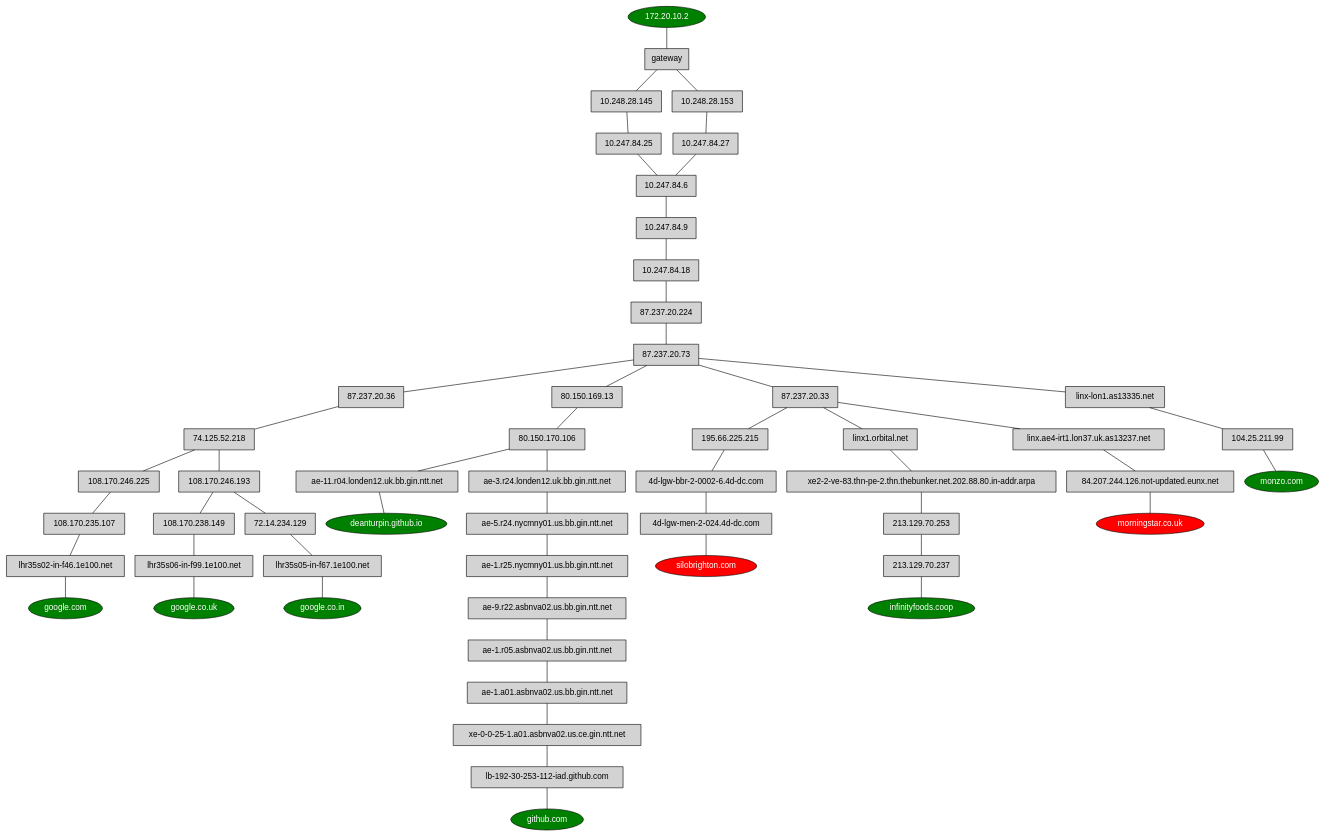
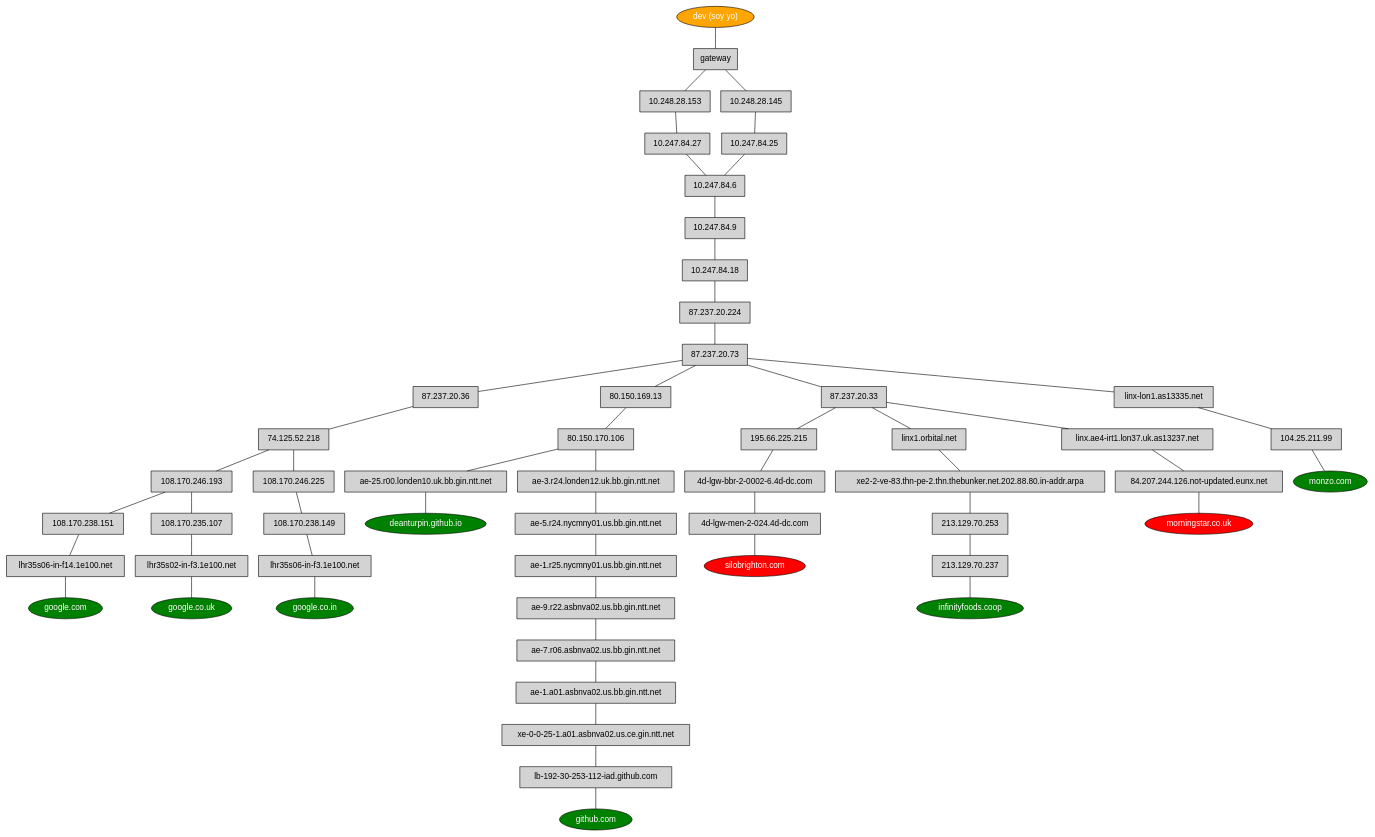
One commit to deanturpin/hosts2dot changed the diagram in example.dot. Above: the diagram before and after it, drawn with Graphviz. The commit also changed 2 other files, not shown here.

```diff
--- a/example.dot
+++ b/example.dot
@@ -1,24 +1,24 @@
 strict graph {
 
   node [shape=rectangle style=filled fontname=helvetica]
-  "soy yo" [label="172.20.10.2" fillcolor=green shape=oval fontcolor=white]
+  "soy yo" [label="dev (soy yo)" fillcolor=orange shape=oval fontcolor=white]
 
   "google.com" [fillcolor=green shape=oval fontcolor=white]
   "google.co.uk" [fillcolor=green shape=oval fontcolor=white]
   "google.co.in" [fillcolor=green shape=oval fontcolor=white]
   "deanturpin.github.io" [fillcolor=green shape=oval fontcolor=white]
   "github.com" [fillcolor=green shape=oval fontcolor=white]
   "silobrighton.com" [fillcolor=red shape=oval fontcolor=white]
   "monzo.com" [fillcolor=green shape=oval fontcolor=white]
   "infinityfoods.coop" [fillcolor=green shape=oval fontcolor=white]
   "morningstar.co.uk" [fillcolor=red shape=oval fontcolor=white]
-  "soy yo"--"gateway"--"10.248.28.145"--"10.247.84.25"--"10.247.84.6"--"10.247.84.9"--"10.247.84.18"--"87.237.20.224"--"87.237.20.73"--"87.237.20.36"--"74.125.52.218"--"108.170.246.225"--"108.170.235.107"--"lhr35s02-in-f46.1e100.net"--"google.com"
-  "soy yo"--"gateway"--"10.248.28.145"--"10.247.84.25"--"10.247.84.6"--"10.247.84.9"--"10.247.84.18"--"87.237.20.224"--"87.237.20.73"--"87.237.20.36"--"74.125.52.218"--"108.170.246.193"--"108.170.238.149"--"lhr35s06-in-f99.1e100.net"--"google.co.uk"
-  "soy yo"--"gateway"--"10.248.28.145"--"10.247.84.25"--"10.247.84.6"--"10.247.84.9"--"10.247.84.18"--"87.237.20.224"--"87.237.20.73"--"87.237.20.36"--"74.125.52.218"--"108.170.246.193"--"72.14.234.129"--"lhr35s05-in-f67.1e100.net"--"google.co.in"
-  "soy yo"--"gateway"--"10.248.28.153"--"10.247.84.27"--"10.247.84.6"--"10.247.84.9"--"10.247.84.18"--"87.237.20.224"--"87.237.20.73"--"80.150.169.13"--"80.150.170.106"--"ae-11.r04.londen12.uk.bb.gin.ntt.net"--"deanturpin.github.io"
-  "soy yo"--"gateway"--"10.248.28.145"--"10.247.84.25"--"10.247.84.6"--"10.247.84.9"--"10.247.84.18"--"87.237.20.224"--"87.237.20.73"--"80.150.169.13"--"80.150.170.106"--"ae-3.r24.londen12.uk.bb.gin.ntt.net"--"ae-5.r24.nycmny01.us.bb.gin.ntt.net"--"ae-1.r25.nycmny01.us.bb.gin.ntt.net"--"ae-9.r22.asbnva02.us.bb.gin.ntt.net"--"ae-1.r05.asbnva02.us.bb.gin.ntt.net"--"ae-1.a01.asbnva02.us.bb.gin.ntt.net"--"xe-0-0-25-1.a01.asbnva02.us.ce.gin.ntt.net"--"lb-192-30-253-112-iad.github.com"--"github.com"
+  "soy yo"--"gateway"--"10.248.28.153"--"10.247.84.27"--"10.247.84.6"--"10.247.84.9"--"10.247.84.18"--"87.237.20.224"--"87.237.20.73"--"87.237.20.36"--"74.125.52.218"--"108.170.246.193"--"108.170.238.151"--"lhr35s06-in-f14.1e100.net"--"google.com"
+  "soy yo"--"gateway"--"10.248.28.153"--"10.247.84.27"--"10.247.84.6"--"10.247.84.9"--"10.247.84.18"--"87.237.20.224"--"87.237.20.73"--"87.237.20.36"--"74.125.52.218"--"108.170.246.193"--"108.170.235.107"--"lhr35s02-in-f3.1e100.net"--"google.co.uk"
+  "soy yo"--"gateway"--"10.248.28.145"--"10.247.84.25"--"10.247.84.6"--"10.247.84.9"--"10.247.84.18"--"87.237.20.224"--"87.237.20.73"--"87.237.20.36"--"74.125.52.218"--"108.170.246.225"--"108.170.238.149"--"lhr35s06-in-f3.1e100.net"--"google.co.in"
+  "soy yo"--"gateway"--"10.248.28.153"--"10.247.84.27"--"10.247.84.6"--"10.247.84.9"--"10.247.84.18"--"87.237.20.224"--"87.237.20.73"--"80.150.169.13"--"80.150.170.106"--"ae-25.r00.londen10.uk.bb.gin.ntt.net"--"deanturpin.github.io"
+  "soy yo"--"gateway"--"10.248.28.145"--"10.247.84.25"--"10.247.84.6"--"10.247.84.9"--"10.247.84.18"--"87.237.20.224"--"87.237.20.73"--"80.150.169.13"--"80.150.170.106"--"ae-3.r24.londen12.uk.bb.gin.ntt.net"--"ae-5.r24.nycmny01.us.bb.gin.ntt.net"--"ae-1.r25.nycmny01.us.bb.gin.ntt.net"--"ae-9.r22.asbnva02.us.bb.gin.ntt.net"--"ae-7.r06.asbnva02.us.bb.gin.ntt.net"--"ae-1.a01.asbnva02.us.bb.gin.ntt.net"--"xe-0-0-25-1.a01.asbnva02.us.ce.gin.ntt.net"--"lb-192-30-253-112-iad.github.com"--"github.com"
   "soy yo"--"gateway"--"10.248.28.145"--"10.247.84.25"--"10.247.84.6"--"10.247.84.9"--"10.247.84.18"--"87.237.20.224"--"87.237.20.73"--"87.237.20.33"--"195.66.225.215"--"4d-lgw-bbr-2-0002-6.4d-dc.com"--"4d-lgw-men-2-024.4d-dc.com"--"silobrighton.com"
   "soy yo"--"gateway"--"10.248.28.153"--"10.247.84.27"--"10.247.84.6"--"10.247.84.9"--"10.247.84.18"--"87.237.20.224"--"87.237.20.73"--"linx-lon1.as13335.net"--"104.25.211.99"--"monzo.com"
   "soy yo"--"gateway"--"10.248.28.145"--"10.247.84.25"--"10.247.84.6"--"10.247.84.9"--"10.247.84.18"--"87.237.20.224"--"87.237.20.73"--"87.237.20.33"--"linx1.orbital.net"--"xe2-2-ve-83.thn-pe-2.thn.thebunker.net.202.88.80.in-addr.arpa"--"213.129.70.253"--"213.129.70.237"--"infinityfoods.coop"
   "soy yo"--"gateway"--"10.248.28.153"--"10.247.84.27"--"10.247.84.6"--"10.247.84.9"--"10.247.84.18"--"87.237.20.224"--"87.237.20.73"--"87.237.20.33"--"linx.ae4-irt1.lon37.uk.as13237.net"--"84.207.244.126.not-updated.eunx.net"--"morningstar.co.uk"
 }
```
